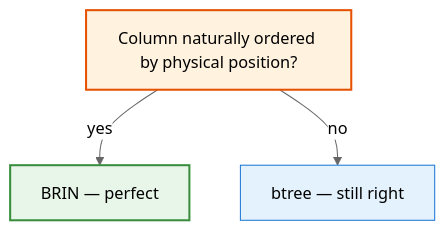
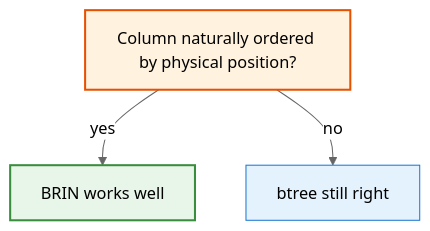
Before and after one commit to ufdatastudio/cop5725fa26: the sixth of 7 diagrams in lecture-outlines/day28-postgresql-indexes/slides.md, drawn with Mermaid (neutral theme). The commit also changed other lines of this file and 33 other files, not shown here.

````diff
--- a/lecture-outlines/day28-postgresql-indexes/slides.md
+++ b/lecture-outlines/day28-postgresql-indexes/slides.md
@@ -351,12 +355,12 @@
 ```mermaid
 graph TB
   Cond["Column naturally ordered by physical position?"]
-  Cond -->|"yes"| BRIN["BRIN — perfect"]
-  Cond -->|"no"| Btree["btree — still right"]
+  Cond -->|"yes"| BRIN["BRIN works well"]
+  Cond -->|"no"| Btree["btree still right"]
   classDef q fill:#fff3e0,stroke:#e65100,stroke-width:2px
   classDef good fill:#e8f5e9,stroke:#388e3c,stroke-width:2px
   classDef ok fill:#e3f2fd,stroke:#1976d2
   class Cond q
   class BRIN good
   class Btree ok
 ```
````
